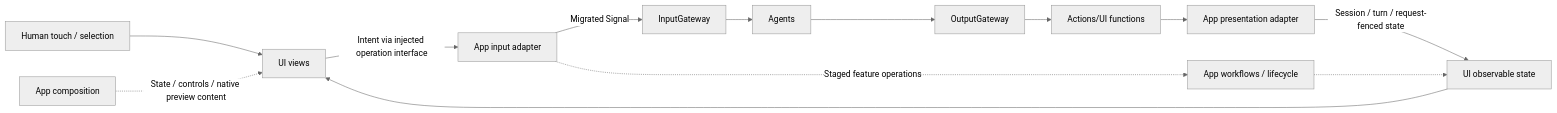
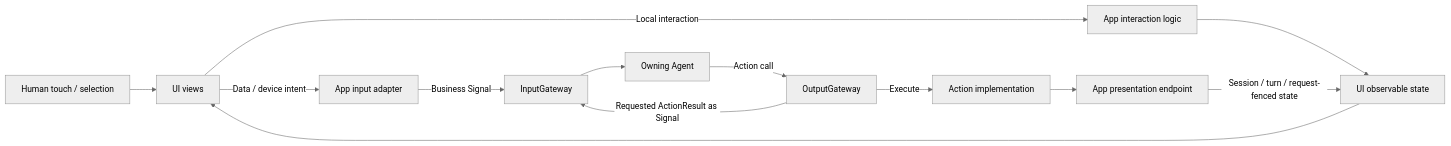
One commit to devilyouwei/MobileHarness changed the first of 2 diagrams in MobileHarness/UI/README.md. Above: the diagram before and after it, drawn with Mermaid (neutral theme). The commit also changed other lines of this file and 291 other files, not shown here.

First line of the commit message:
Refactor agent task ownership, communication and conversation presentation

````diff
--- a/MobileHarness/UI/README.md
+++ b/MobileHarness/UI/README.md
@@ -11,15 +20,15 @@
 ```mermaid
 flowchart LR
     Human[Human touch / selection] --> Views[UI views]
-    Views -->|Intent via injected operation interface| Host[App input adapter]
-    Host -->|Migrated Signal| Input[InputGateway]
-    Input --> Agents
-    Agents --> Output[OutputGateway]
-    Output --> Functions[Actions/UI functions]
-    Functions --> Endpoint[App presentation adapter]
+    Views -->|Local interaction| Local[App interaction logic]
+    Local --> State[UI observable state]
+    Views -->|Data / device intent| Host[App input adapter]
+    Host -->|Business Signal| Input[InputGateway]
+    Input --> Agents[Owning Agent]
+    Agents -->|Action call| Output[OutputGateway]
+    Output -->|Execute| Functions[Action implementation]
+    Functions --> Endpoint[App presentation endpoint]
     Endpoint -->|Session / turn / request-fenced state| State[UI observable state]
     State --> Views
-    Host -.->|Staged feature operations| Workflows[App workflows / lifecycle]
-    Workflows -.-> State
-    App[App composition] -.->|State / controls / native preview content| Views
+    Output -->|Requested ActionResult as Signal| Input
 ```
````
